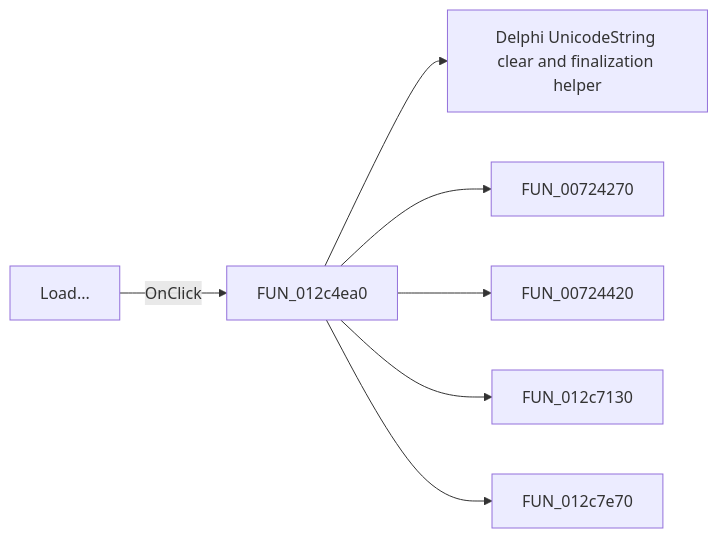
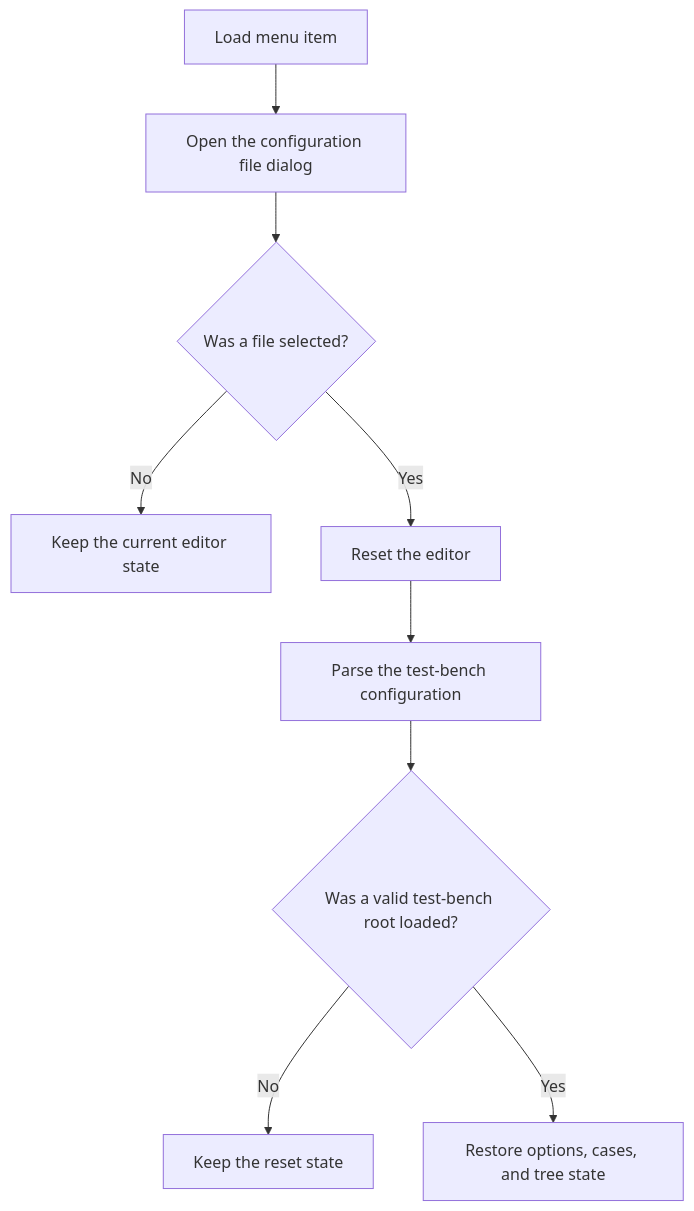
One commit to MovGP0/TIARA changed the diagram in docs/ui-controls/frmtestbencheditor/mnload-0e7b56b31f.md. Above: the diagram before and after it, drawn with Mermaid. The commit also changed other lines of this file and 387 other files, not shown here.

````diff
--- a/docs/ui-controls/frmtestbencheditor/mnload-0e7b56b31f.md
+++ b/docs/ui-controls/frmtestbencheditor/mnload-0e7b56b31f.md
@@ -27,9 +19,11 @@
 ```mermaid
-flowchart LR
-    control["Load..."] -->|OnClick| handler["FUN_012c4ea0"]
-    handler --> call1["Delphi UnicodeString clear and finalization helper"]
-    handler --> call2["FUN_00724270"]
-    handler --> call3["FUN_00724420"]
-    handler --> call4["FUN_012c7130"]
-    handler --> call5["FUN_012c7e70"]
+flowchart TD
+    control["Load menu item"] --> dialog["Open the configuration file dialog"]
+    dialog --> accepted{"Was a file selected?"}
+    accepted -->|No| noop["Keep the current editor state"]
+    accepted -->|Yes| reset["Reset the editor"]
+    reset --> load["Parse the test-bench configuration"]
+    load --> valid{"Was a valid test-bench root loaded?"}
+    valid -->|No| empty["Keep the reset state"]
+    valid -->|Yes| restore["Restore options, cases, and tree state"]
 ```
````
